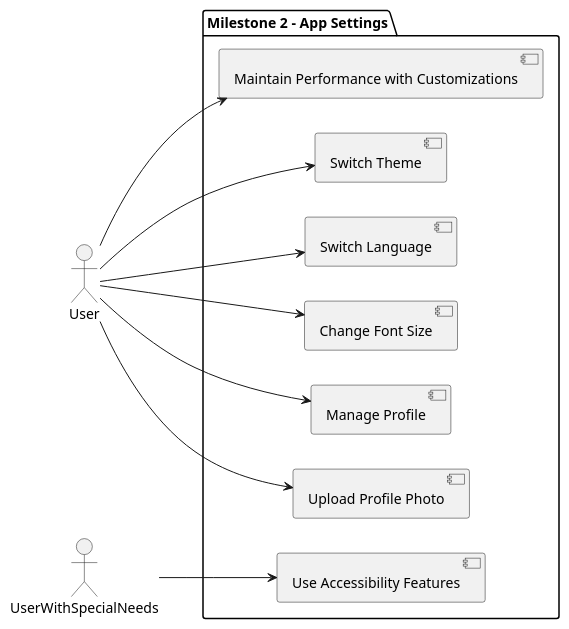
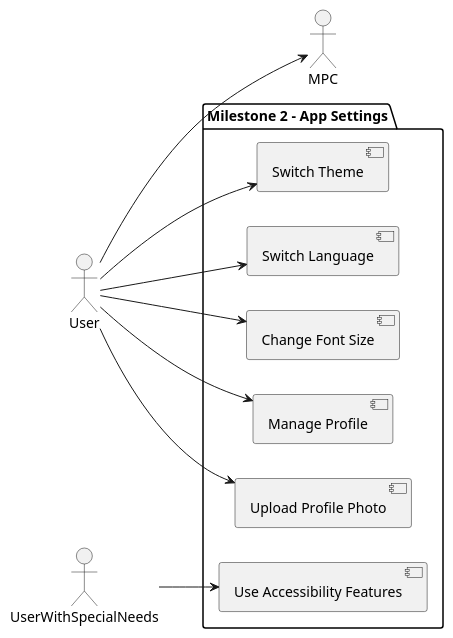
The diagram in fdd/use-case-diagram/milestone_2.puml (Windesheim-AI/UML-diagrams), drawn with PlantUML before and after one commit.

Commit message:
docs: :memo: changed ms2

```diff
--- a/fdd/use-case-diagram/milestone_2.puml
+++ b/fdd/use-case-diagram/milestone_2.puml
@@ -1,25 +1,24 @@
 @startuml
 left to right direction
 
 actor User as U
 actor UserWithSpecialNeeds as USN
 
 package "Milestone 2 - App Settings" {
     [Switch Theme] as ST
     [Switch Language] as SL
     [Change Font Size] as CFS
     [Manage Profile] as MP
     [Upload Profile Photo] as UPP
     [Use Accessibility Features] as UAF
-    [Maintain Performance with Customizations] as MPC
 }
 
 U --> ST
 U --> SL
 U --> CFS
 U --> MP
 U --> UPP
 U --> MPC
 USN --> UAF
 
 @enduml
```
